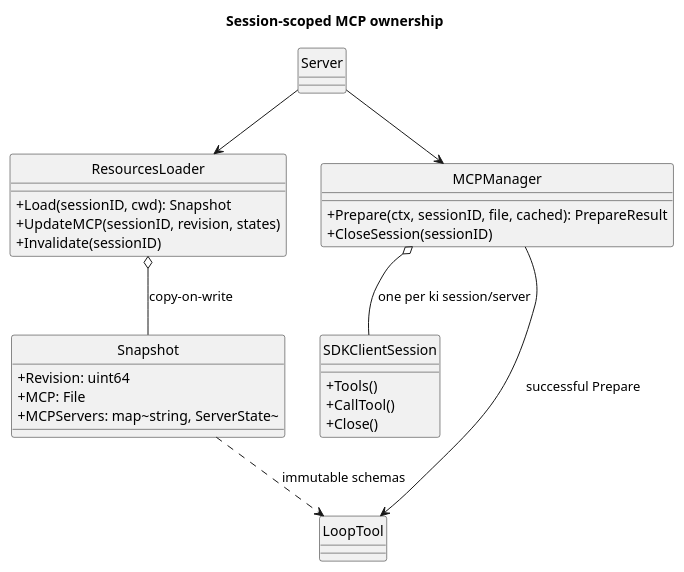
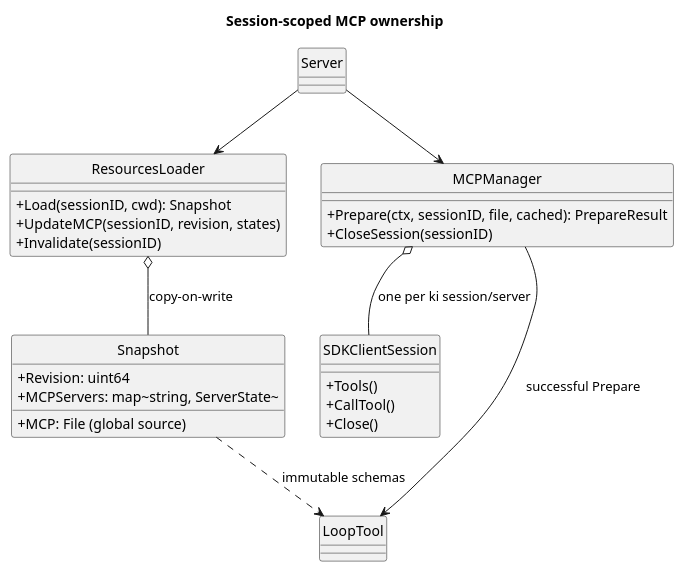
One commit to skyw8/ki changed the diagram in docs/mcp.md. Above: the diagram before and after it, drawn with PlantUML. The commit also changed other lines of this file and 66 other files, not shown here.

````diff
--- a/docs/mcp.md
+++ b/docs/mcp.md
@@ -33,36 +33,36 @@
 ```plantuml
 @startuml
 title Session-scoped MCP ownership
 hide circle
 skinparam classAttributeIconSize 0
 
 class Server
 class ResourcesLoader {
   +Load(sessionID, cwd): Snapshot
   +UpdateMCP(sessionID, revision, states)
   +Invalidate(sessionID)
 }
 class Snapshot {
   +Revision: uint64
-  +MCP: File
+  +MCP: File (global source)
   +MCPServers: map~string, ServerState~
 }
 class MCPManager {
   +Prepare(ctx, sessionID, file, cached): PrepareResult
   +CloseSession(sessionID)
 }
 class SDKClientSession {
   +Tools()
   +CallTool()
   +Close()
 }
 class LoopTool
 
 Server --> ResourcesLoader
 ResourcesLoader o-- Snapshot : copy-on-write
 Server --> MCPManager
 MCPManager o-- SDKClientSession : one per ki session/server
 MCPManager --> LoopTool : successful Prepare
 Snapshot ..> LoopTool : immutable schemas
 @enduml
 ```
````
